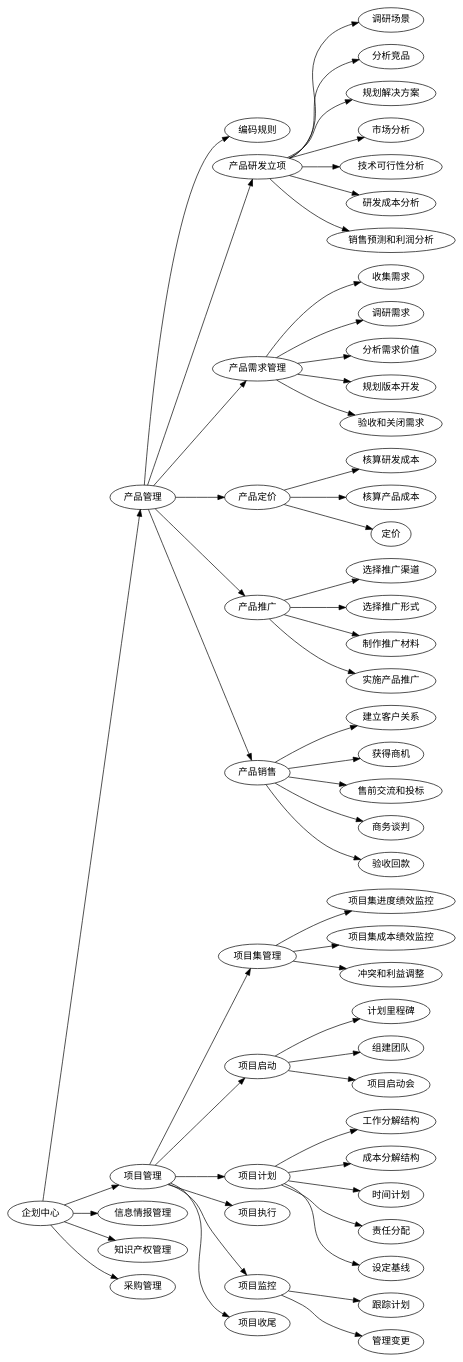
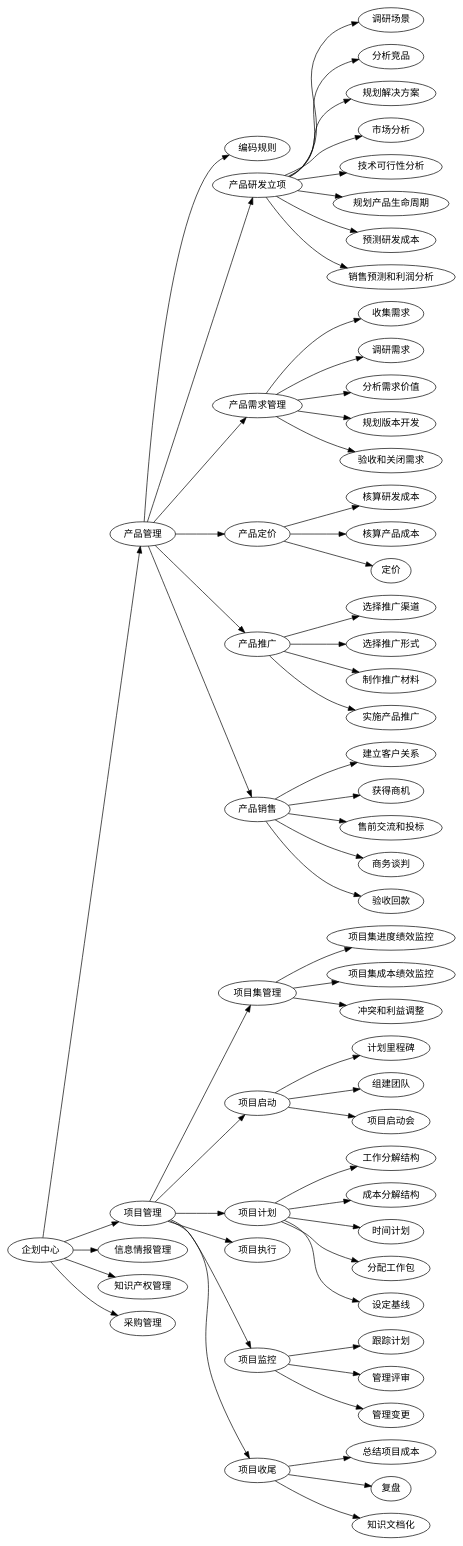
Before and after one commit to cruiurc/cruiurc.github.io: the diagram in source/work/sj/topic/20221029部门工作规划.rst, drawn with Graphviz.

Commit message:
20221029 work

```diff
--- a/source/work/sj/topic/20221029部门工作规划.rst
+++ b/source/work/sj/topic/20221029部门工作规划.rst
@@ -4,21 +4,24 @@
 .. graphviz::
 
     digraph "CPC"{
     rankdir=LR
     企划中心->{产品管理,项目管理,信息情报管理,知识产权管理,采购管理}
 
 
     产品管理->{编码规则,产品研发立项,产品需求管理,产品定价,产品推广,产品销售}
-    产品研发立项->{调研场景,分析竞品,规划解决方案,市场分析,技术可行性分析,研发成本分析,销售预测和利润分析}
+    产品研发立项->{调研场景,分析竞品,规划解决方案,市场分析,技术可行性分析,规划产品生命周期,预测研发成本,销售预测和利润分析}
     产品需求管理->{收集需求,调研需求,分析需求价值,规划版本开发,验收和关闭需求}
     产品定价->{核算研发成本,核算产品成本,定价}
     产品推广->{选择推广渠道,选择推广形式,制作推广材料,实施产品推广}
     产品销售->{建立客户关系,获得商机,售前交流和投标,商务谈判,验收回款}
 
 
     项目管理->{项目集管理,项目启动,项目计划,项目执行,项目监控,项目收尾}
     项目集管理->{项目集进度绩效监控,项目集成本绩效监控,冲突和利益调整}
     项目启动->{计划里程碑,组建团队,项目启动会}
-    项目计划->{工作分解结构,成本分解结构,时间计划,责任分配,设定基线}
-    项目监控->{跟踪计划,管理变更}
+    项目计划->{工作分解结构,成本分解结构,时间计划,分配工作包,设定基线}
+    项目监控->{跟踪计划,管理评审,管理变更}
+    项目收尾->{总结项目成本,复盘,知识文档化}
+
+    
     }
```
